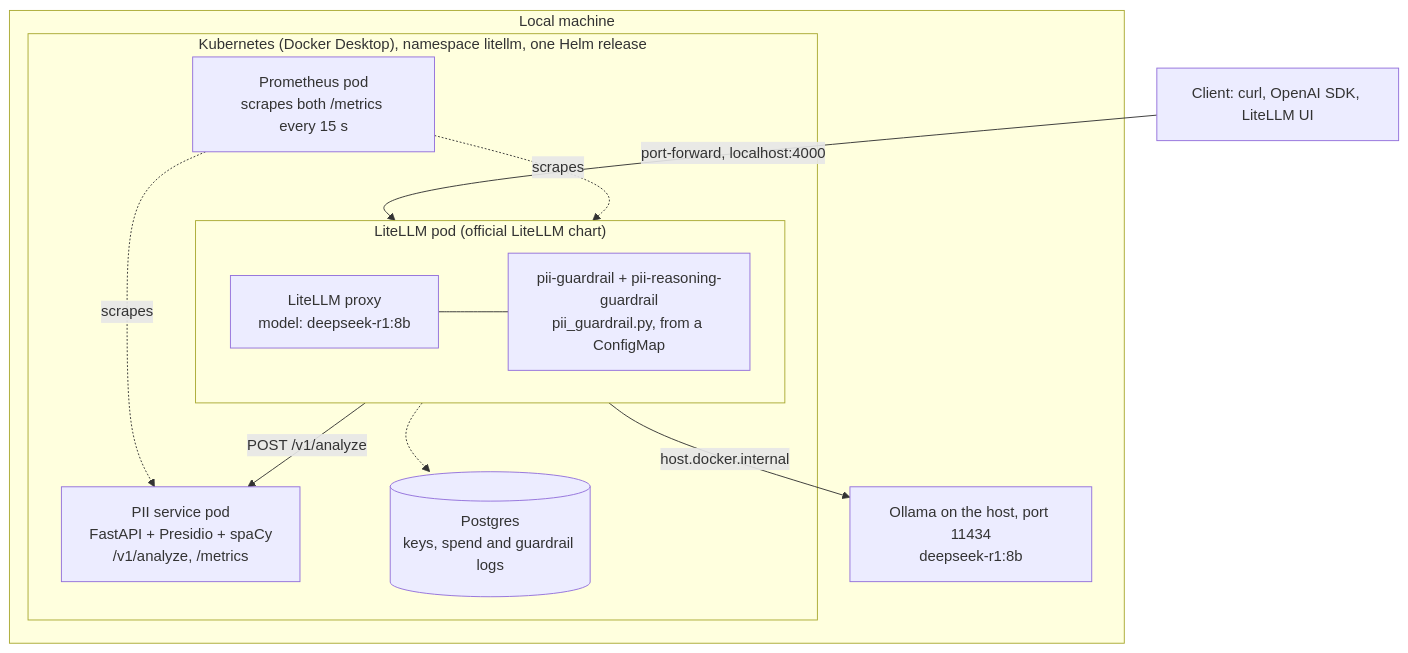
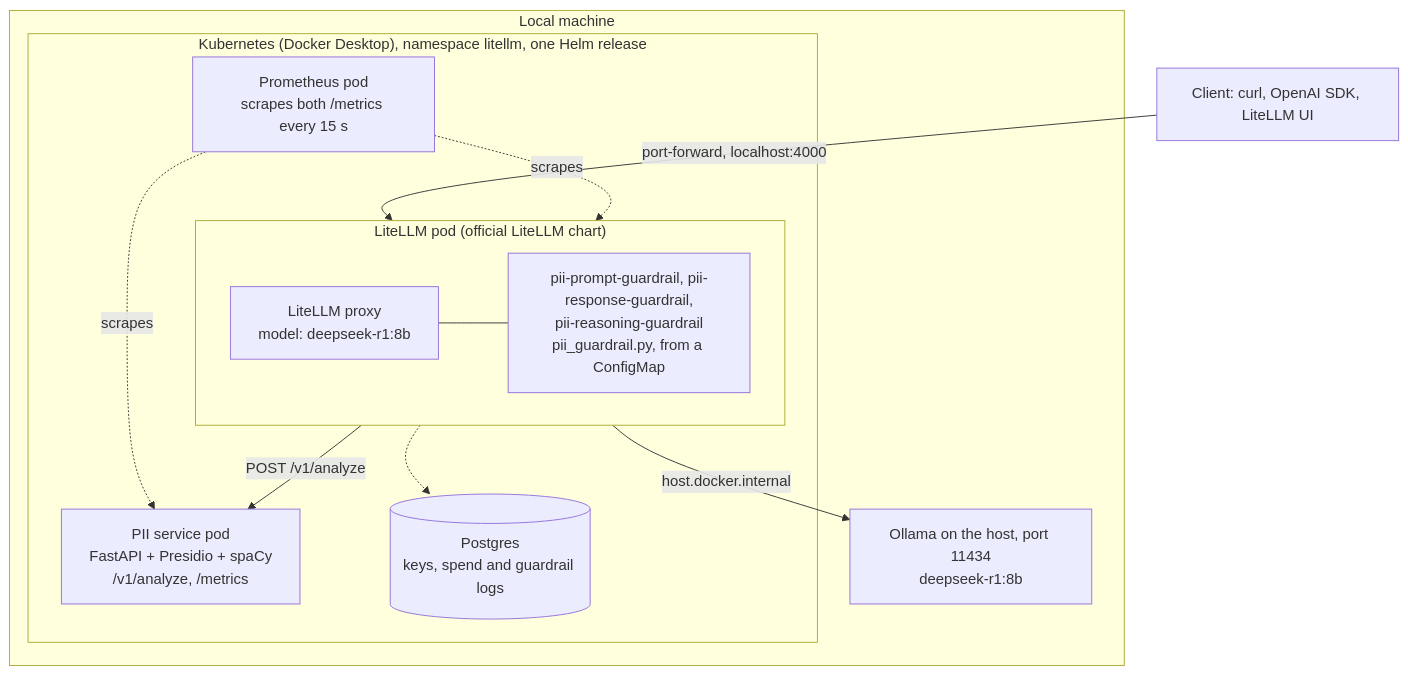
The first of 2 diagrams in docs/implementation.md (mshnjffr/litellm-guardrail), drawn with Mermaid before and after one commit. The commit also changed other lines of this file and 2 other files, not shown here.

````diff
--- a/docs/implementation.md
+++ b/docs/implementation.md
@@ -25,27 +25,27 @@
 ```mermaid
 flowchart TB
     client["Client: curl, OpenAI SDK, LiteLLM UI"]
 
     subgraph machine["Local machine"]
         subgraph k8s["Kubernetes (Docker Desktop), namespace litellm, one Helm release"]
             subgraph proxy["LiteLLM pod (official LiteLLM chart)"]
                 direction LR
                 router["LiteLLM proxy<br/>model: deepseek-r1:8b"]
-                guardrail["pii-guardrail + pii-reasoning-guardrail<br/>pii_guardrail.py, from a ConfigMap"]
+                guardrail["pii-prompt-guardrail, pii-response-guardrail,<br/>pii-reasoning-guardrail<br/>pii_guardrail.py, from a ConfigMap"]
                 router --- guardrail
             end
             pii["PII service pod<br/>FastAPI + Presidio + spaCy<br/>/v1/analyze, /metrics"]
             db[("Postgres<br/>keys, spend and guardrail logs")]
             prometheus["Prometheus pod<br/>scrapes both /metrics every 15 s"]
         end
         ollama["Ollama on the host, port 11434<br/>deepseek-r1:8b"]
     end
 
     client -- "port-forward, localhost:4000" --> router
     router -- "host.docker.internal" --> ollama
     guardrail -- "POST /v1/analyze" --> pii
     router -.-> db
     guardrail ~~~ db
     prometheus -. scrapes .-> router
     prometheus -. scrapes .-> pii
 ```
````
